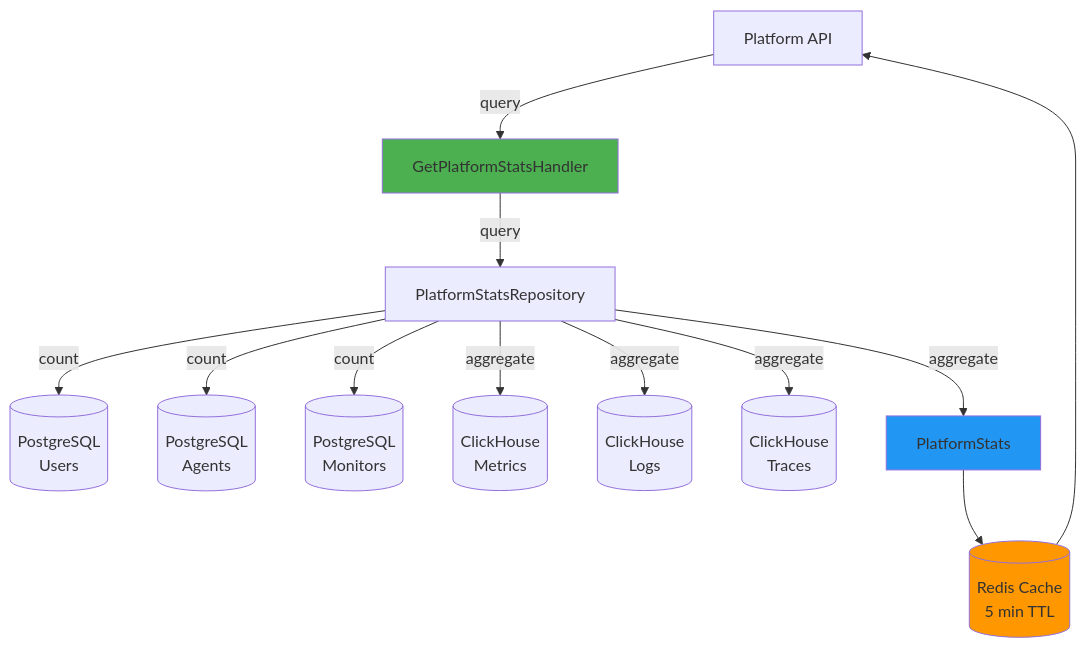
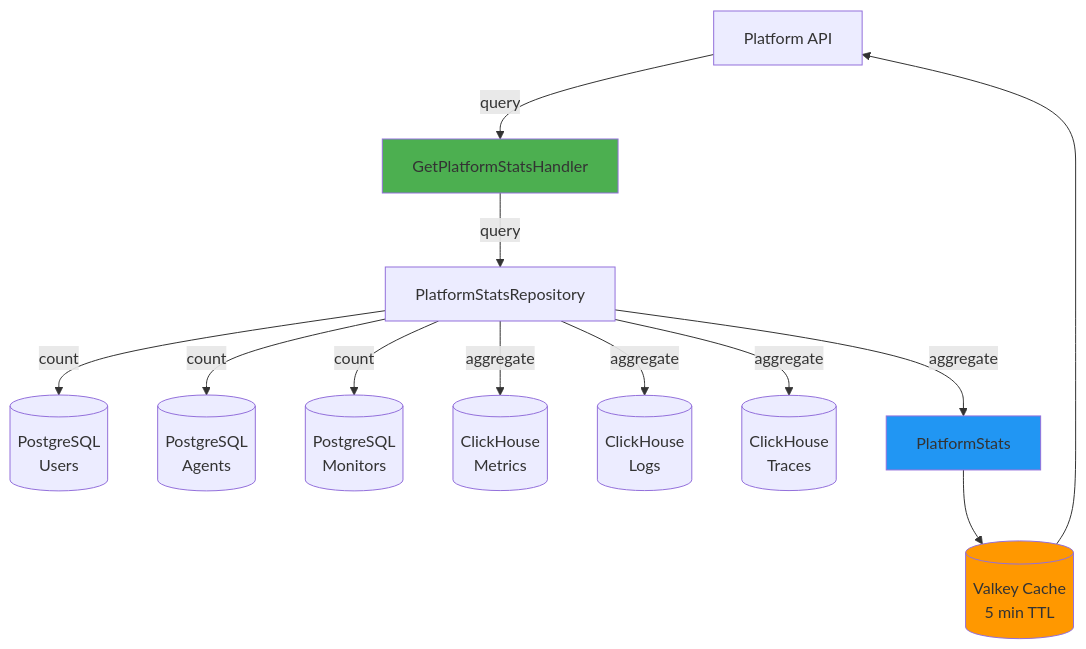
The diagram in backend/shared/platform.md (telemetryflow/telemetryflow-overview), drawn with Mermaid before and after one commit. The commit also changed 23 other files, not shown here.

First line of the commit message:
docs: relabel Redis->Valkey in architecture/diagrams/prose (follow-up sweep)

````diff
--- a/backend/shared/platform.md
+++ b/backend/shared/platform.md
@@ -25,24 +25,24 @@
 ```mermaid
 graph TB
     API[Platform API] -->|query| HANDLER[GetPlatformStatsHandler]
 
     HANDLER -->|query| REPO[PlatformStatsRepository]
 
     REPO -->|count| PG_USERS[(PostgreSQL<br/>Users)]
     REPO -->|count| PG_AGENTS[(PostgreSQL<br/>Agents)]
     REPO -->|count| PG_MONITORS[(PostgreSQL<br/>Monitors)]
 
     REPO -->|aggregate| CH_METRICS[(ClickHouse<br/>Metrics)]
     REPO -->|aggregate| CH_LOGS[(ClickHouse<br/>Logs)]
     REPO -->|aggregate| CH_TRACES[(ClickHouse<br/>Traces)]
 
     REPO -->|aggregate| STATS[PlatformStats]
 
-    STATS --> CACHE[(Redis Cache<br/>5 min TTL)]
+    STATS --> CACHE[(Valkey Cache<br/>5 min TTL)]
 
     CACHE --> API
 
     style HANDLER fill:#4CAF50
     style STATS fill:#2196F3
     style CACHE fill:#FF9800
 ```
````
